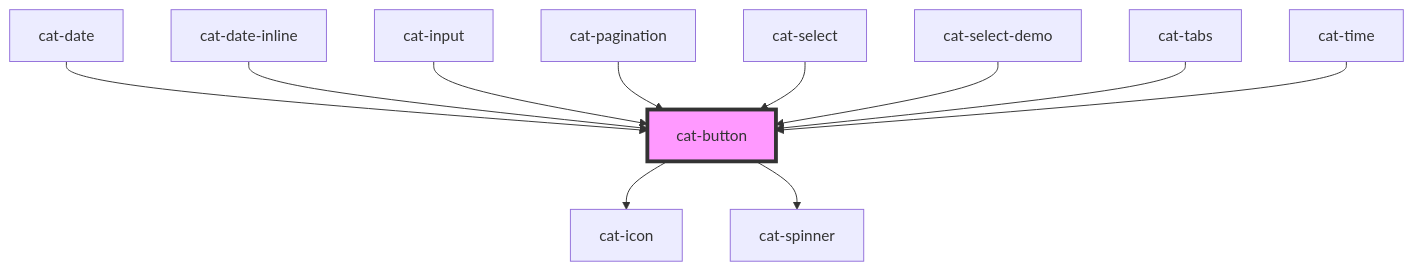
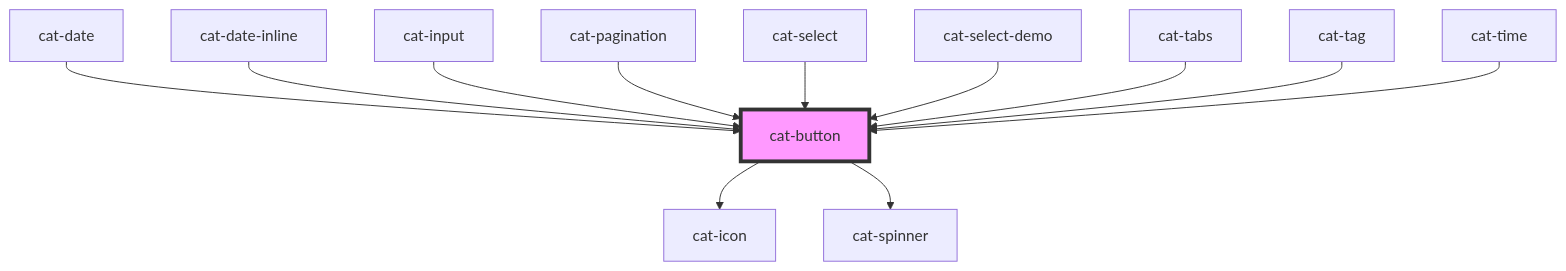
One commit to haiilo/catalyst changed the diagram in core/src/components/cat-button/readme.md. Above: the diagram before and after it, drawn with Mermaid. The commit also changed other lines of this file and 18 other files, not shown here.

Commit message:
feat(core): add cat-tag component for tag inputs without search

````diff
--- a/core/src/components/cat-button/readme.md
+++ b/core/src/components/cat-button/readme.md
@@ -118,14 +119,15 @@
 ```mermaid
 graph TD;
   cat-button --> cat-icon
   cat-button --> cat-spinner
   cat-date --> cat-button
   cat-date-inline --> cat-button
   cat-input --> cat-button
   cat-pagination --> cat-button
   cat-select --> cat-button
   cat-select-demo --> cat-button
   cat-tabs --> cat-button
+  cat-tag --> cat-button
   cat-time --> cat-button
   style cat-button fill:#f9f,stroke:#333,stroke-width:4px
 ```
````
